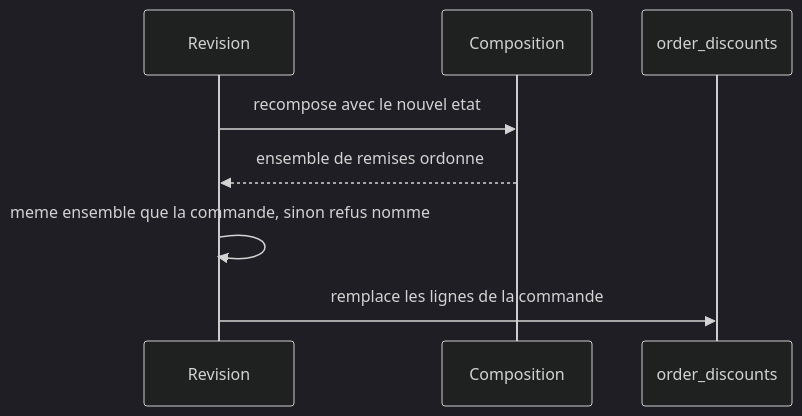
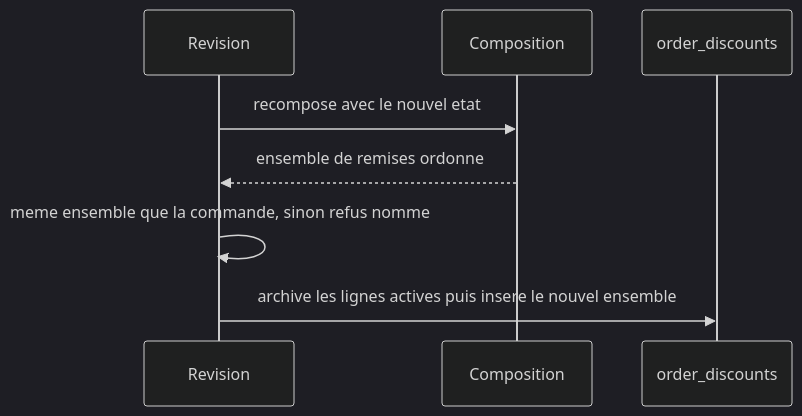
One commit to hugoheynard/lfd changed the fourth of 4 diagrams in documentation/pricing/plan-promotions-par-audience-et-acheminement.md. Above: the diagram before and after it, drawn with Mermaid (dark theme). The commit also changed other lines of this file, not shown here.

First line of the commit message:
docs(tarifs): § 18 révisé sur les objections de vitruve

````diff
--- a/documentation/pricing/plan-promotions-par-audience-et-acheminement.md
+++ b/documentation/pricing/plan-promotions-par-audience-et-acheminement.md
@@ -2109,10 +2203,10 @@
 ```mermaid
 sequenceDiagram
   participant R as Revision
   participant C as Composition
   participant D as order_discounts
   R->>C: recompose avec le nouvel etat
   C-->>R: ensemble de remises ordonne
   R->>R: meme ensemble que la commande, sinon refus nomme
-  R->>D: remplace les lignes de la commande
+  R->>D: archive les lignes actives puis insere le nouvel ensemble
 ```
````
